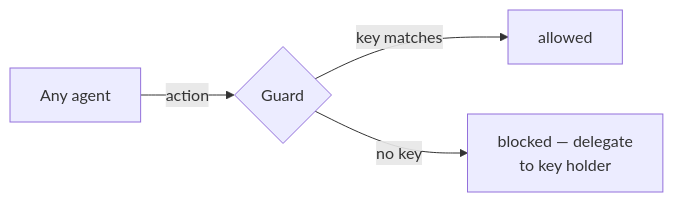
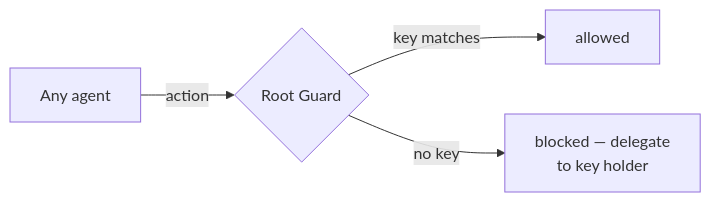
One commit to Kord96/kordinate changed the second of 2 diagrams in docs/framework/consultation.md. Above: the diagram before and after it, drawn with Mermaid. The commit also changed other lines of this file and 3 other files, not shown here.

````diff
--- a/docs/framework/consultation.md
+++ b/docs/framework/consultation.md
@@ -64,6 +41,6 @@
 ```mermaid
 flowchart LR
-    A[Any agent] -->|action| G{Guard}
+    A[Any agent] -->|action| G{Root Guard}
     G -->|key matches| OK[allowed]
     G -->|no key| BLOCK[blocked — delegate<br/>to key holder]
 ```
````
